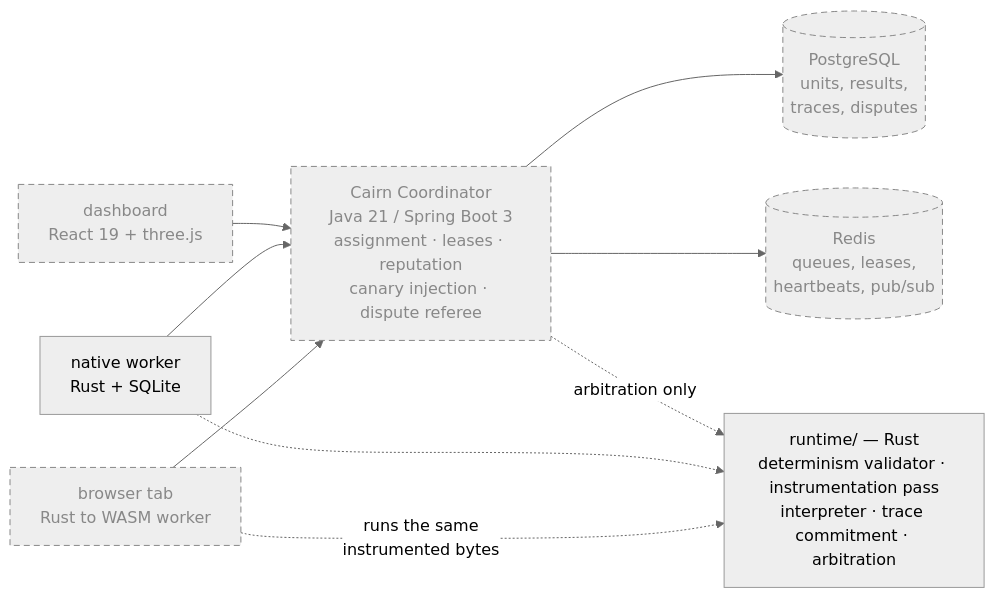
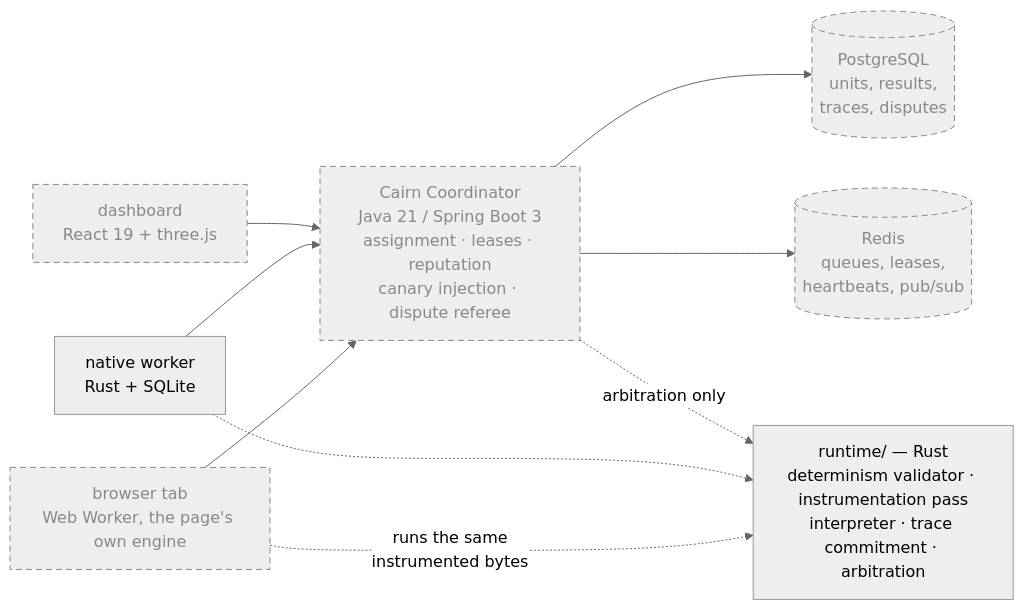
One commit to H020906/cairn changed the third of 3 diagrams in ARCHITECTURE.md. Above: the diagram before and after it, drawn with Mermaid (neutral theme). The commit also changed other lines of this file and 21 other files, not shown here.

````diff
--- a/ARCHITECTURE.md
+++ b/ARCHITECTURE.md
@@ -208,22 +208,22 @@
 ```mermaid
 flowchart LR
-    BW["browser tab<br/>Rust to WASM worker"]
+    BW["browser tab<br/>Web Worker, the page's own engine"]
     NW["native worker<br/>Rust + SQLite"]
     UI["dashboard<br/>React 19 + three.js"]
     CO["Cairn Coordinator<br/>Java 21 / Spring Boot 3<br/>assignment · leases · reputation<br/>canary injection · dispute referee"]
     PG[("PostgreSQL<br/>units, results,<br/>traces, disputes")]
     RD[("Redis<br/>queues, leases,<br/>heartbeats, pub/sub")]
     RT["runtime/ — Rust<br/>determinism validator · instrumentation pass<br/>interpreter · trace commitment · arbitration"]
 
     BW --> CO
     NW --> CO
     UI --> CO
     CO --> PG
     CO --> RD
     BW -.->|"runs the same<br/>instrumented bytes"| RT
     NW -.-> RT
     CO -.->|"arbitration only"| RT
 
     classDef unbuilt stroke-dasharray:6 4,color:#888,stroke:#888
     class BW,UI,CO,PG,RD unbuilt
 ```
````
